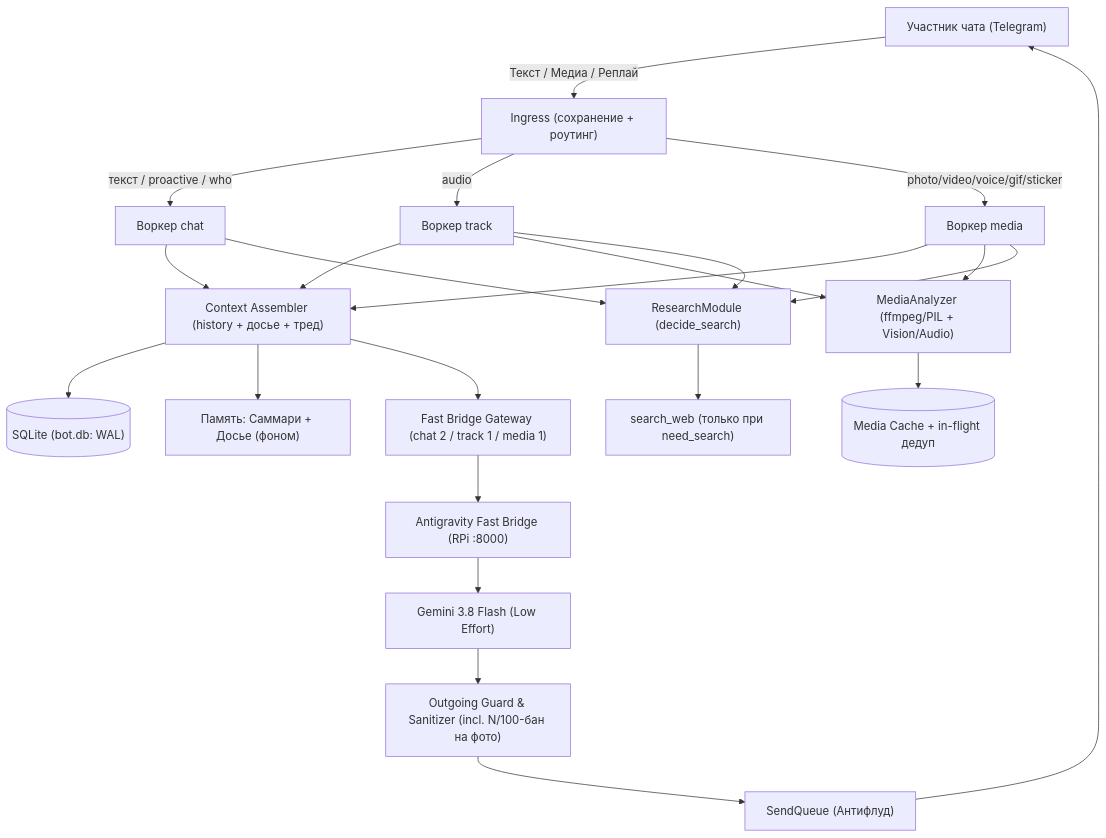
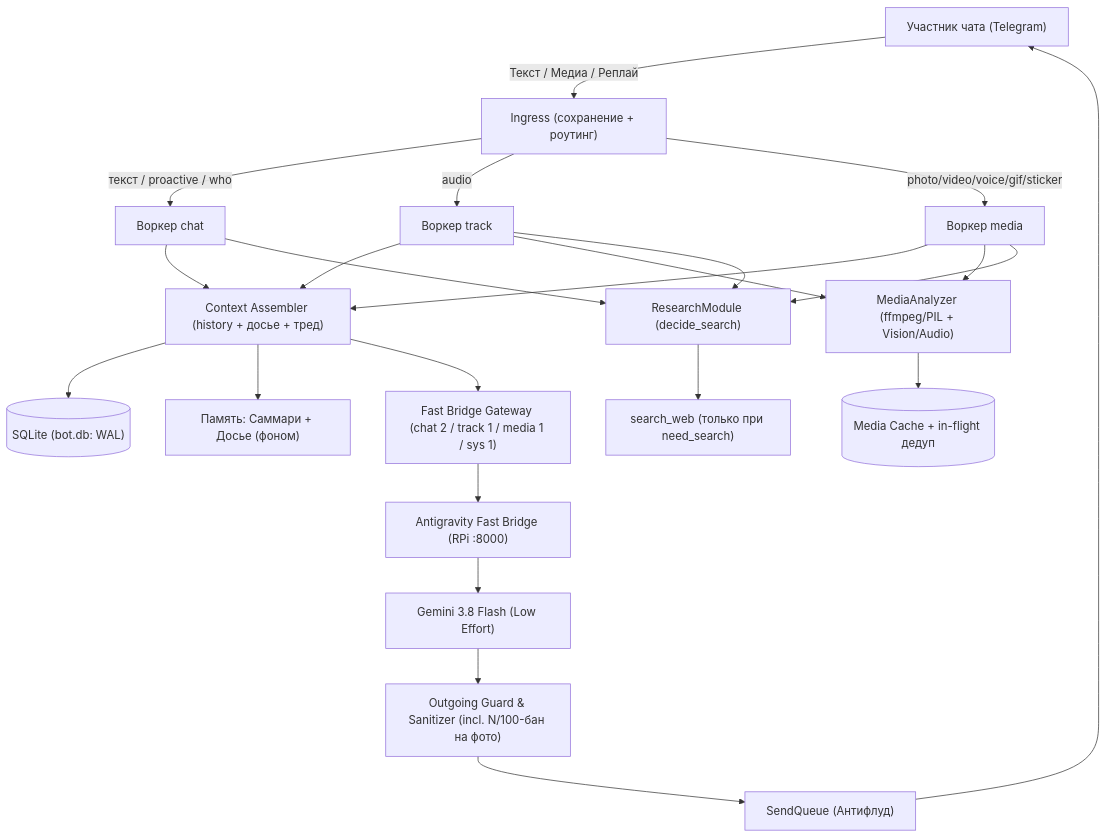
One commit to o1uh/smeshniavka changed the diagram in README.md. Above: the diagram before and after it, drawn with Mermaid. The commit also changed other lines of this file and 8 other files, not shown here.

````diff
--- a/README.md
+++ b/README.md
@@ -9,29 +9,29 @@
 ```mermaid
 flowchart TD
     User["Участник чата (Telegram)"] -->|Текст / Медиа / Реплай| Ingress["Ingress (сохранение + роутинг)"]
     Ingress -->|текст / proactive / who| ChatQ["Воркер chat"]
     Ingress -->|audio| TrackQ["Воркер track"]
     Ingress -->|photo/video/voice/gif/sticker| MediaQ["Воркер media"]
     ChatQ --> Context["Context Assembler (history + досье + тред)"]
     TrackQ --> Context
     MediaQ --> Context
     Context --> DB[("SQLite (bot.db: WAL)")]
     Context --> Memory["Память: Саммари + Досье (фоном)"]
 
     TrackQ --> MediaAn["MediaAnalyzer (ffmpeg/PIL + Vision/Audio)"]
     MediaQ --> MediaAn
     MediaAn --> Cache[("Media Cache + in-flight дедуп")]
 
     ChatQ --> Research["ResearchModule (decide_search)"]
     TrackQ --> Research
     MediaQ --> Research
     Research --> SearchTool["search_web (только при need_search)"]
 
-    Context --> Gateway["Fast Bridge Gateway (chat 2 / track 1 / media 1)"]
+    Context --> Gateway["Fast Bridge Gateway (chat 2 / track 1 / media 1 / sys 1)"]
     Gateway --> Bridge["Antigravity Fast Bridge (RPi :8000)"]
     Bridge --> LLM["Gemini 3.8 Flash (Low Effort)"]
 
     LLM --> Guard["Outgoing Guard & Sanitizer (incl. N/100-бан на фото)"]
     Guard --> Queue["SendQueue (Антифлуд)"]
     Queue --> User
 ```
````
